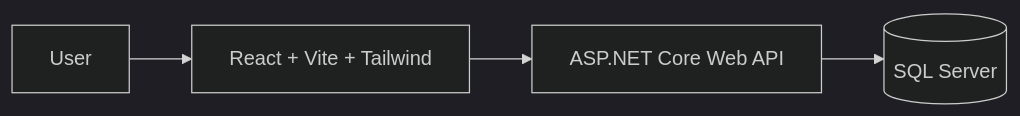
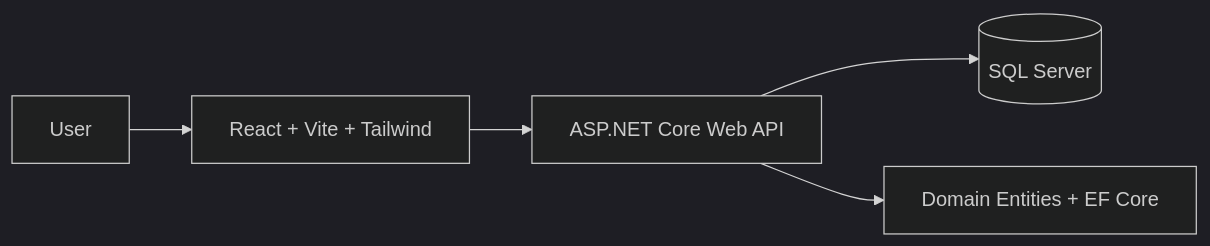
The diagram in README.md (nafaji/product-crud-app), drawn with Mermaid (dark theme) before and after one commit. The commit also changed other lines of this file, not shown here.

````diff
--- a/README.md
+++ b/README.md
@@ -201,6 +303,7 @@
 ```mermaid
 flowchart LR
     User[User] --> Frontend[React + Vite + Tailwind]
     Frontend --> API[ASP.NET Core Web API]
     API --> DB[(SQL Server)]
+    API --> Domain[Domain Entities + EF Core]
 ```
````
